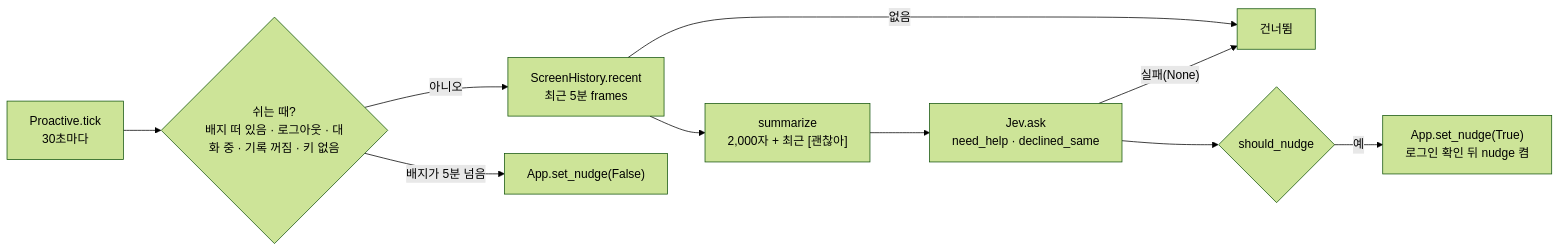
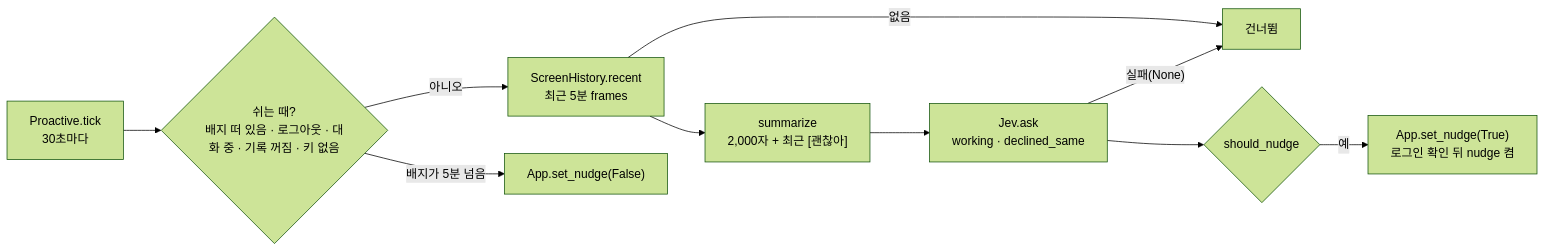
Diagram 11 of 21 in ARCHITECTURE.md (HEOSEONGILml/AssistantChatBot), drawn with Mermaid (forest theme) before and after one commit. The commit also changed other lines of this file and 6 other files, not shown here.

````diff
--- a/ARCHITECTURE.md
+++ b/ARCHITECTURE.md
@@ -342,12 +342,12 @@
 ```mermaid
 flowchart LR
   T["Proactive.tick<br>30초마다"] --> REST{"쉬는 때?<br>배지 떠 있음 · 로그아웃 · 대화 중 · 기록 꺼짐 · 키 없음"}
   REST -->|"아니오"| H["ScreenHistory.recent<br>최근 5분 frames"]
   H -->|"없음"| SKIP["건너뜀"]
   H --> SUM["summarize<br>2,000자 + 최근 [괜찮아]"]
-  SUM --> J["Jev.ask<br>need_help · declined_same"]
+  SUM --> J["Jev.ask<br>working · declined_same"]
   J -->|"실패(None)"| SKIP
   J --> C{"should_nudge"}
   C -->|"예"| ON["App.set_nudge(True)<br>로그인 확인 뒤 nudge 켬"]
   REST -->|"배지가 5분 넘음"| OFF["App.set_nudge(False)"]
 ```
````
